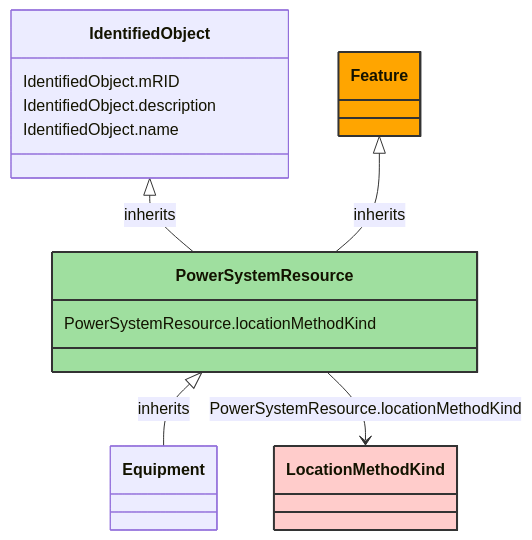
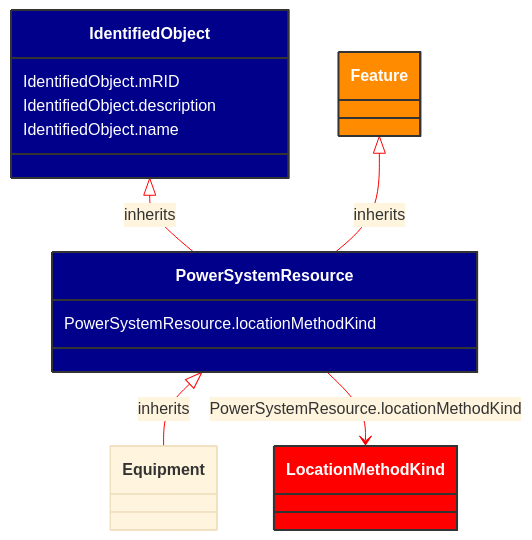
Before and after one commit to 3lbits/NoCIMExtensions: the diagram in docs/Models/Profiles/AviationObstacle/AbstractClasses/PowerSystemResource.md, drawn with Mermaid. The commit also changed 58 other files, not shown here.

````diff
--- a/docs/Models/Profiles/AviationObstacle/AbstractClasses/PowerSystemResource.md
+++ b/docs/Models/Profiles/AviationObstacle/AbstractClasses/PowerSystemResource.md
@@ -10,34 +10,35 @@
 ```mermaid
+%%{init: {'theme':'base','themeVariables': {'lineColor': '#FF0000'}}}%%
 classDiagram
     class PowerSystemResource
     click PowerSystemResource href "/Models/Profiles/AviationObstacle/AbstractClasses/PowerSystemResource/"
-    style PowerSystemResource fill:#9fdf9f,stroke:#333,stroke-width:2px,rx:10,ry:10
+    style PowerSystemResource fill:#006400,stroke:#333,stroke-width:2px,rx:10,ry:10,color:white
 
         PowerSystemResource <|-- Equipment : inherits
             click PowerSystemResource href "/Models/Profiles/AviationObstacle/AbstractClasses/PowerSystemResource/"
-            style PowerSystemResource rx:10,ry:10
+            style PowerSystemResource fill:#00008B,stroke:#333,stroke-width:2px,rx:10,ry:10,color:white
 
         Equipment
             click Equipment href "/Models/Profiles/AviationObstacle/AbstractClasses/Equipment/"
-            style Equipment rx:10,ry:10
+            style PowerSystemResource fill:#00008B,stroke:#333,stroke-width:2px,rx:10,ry:10,color:white
 
         IdentifiedObject <|-- PowerSystemResource : inherits
             click IdentifiedObject href "/Models/Profiles/AviationObstacle/AbstractClasses/IdentifiedObject/"
-            style IdentifiedObject rx:10,ry:10
+            style IdentifiedObject fill:#00008B,stroke:#333,stroke-width:2px,rx:10,ry:10,color:white
 
         Feature <|-- PowerSystemResource : inherits
             click Feature href "/Models/Profiles/AviationObstacle/ConcreteClasses/Feature/"
-            style Feature fill:#FFA500,stroke:#333,stroke-width:2px,rx:10,ry:10
+            style Feature fill:#FF8C00,stroke:#333,stroke-width:2px,rx:10,ry:10,color:white
 
 
         PowerSystemResource --> LocationMethodKind : PowerSystemResource.locationMethodKind
 
         LocationMethodKind
             click LocationMethodKind href "/Models/Profiles/AviationObstacle/Enumerations/LocationMethodKind/"
-            style LocationMethodKind fill:#FFCCCB,stroke:#333,stroke-width:2px,rx:10,ry:10
+            style LocationMethodKind fill:#FF0000,stroke:#333,stroke-width:2px,rx:10,ry:10,color:white
 
         PowerSystemResource : PowerSystemResource.locationMethodKind
         IdentifiedObject : IdentifiedObject.mRID
         IdentifiedObject : IdentifiedObject.description
         IdentifiedObject : IdentifiedObject.name
 ```
````
